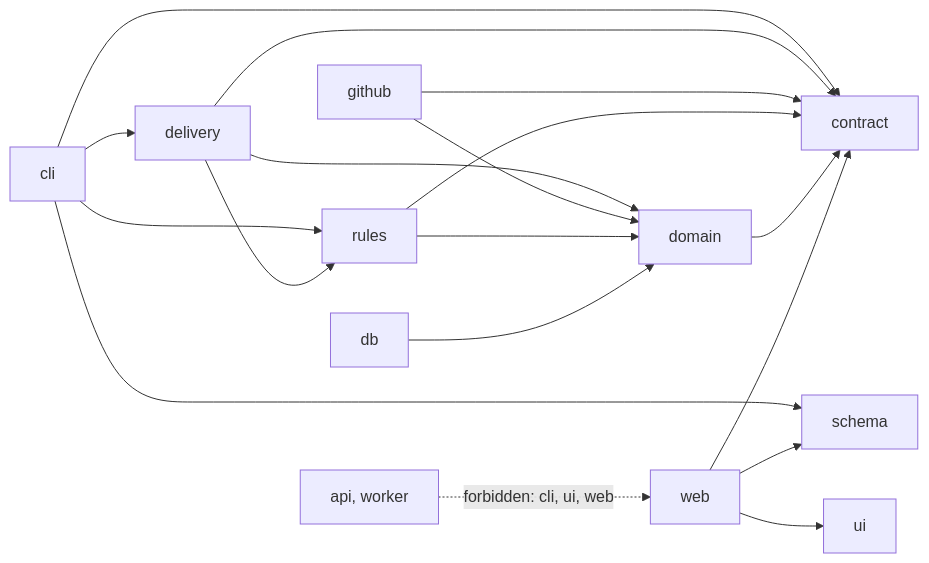
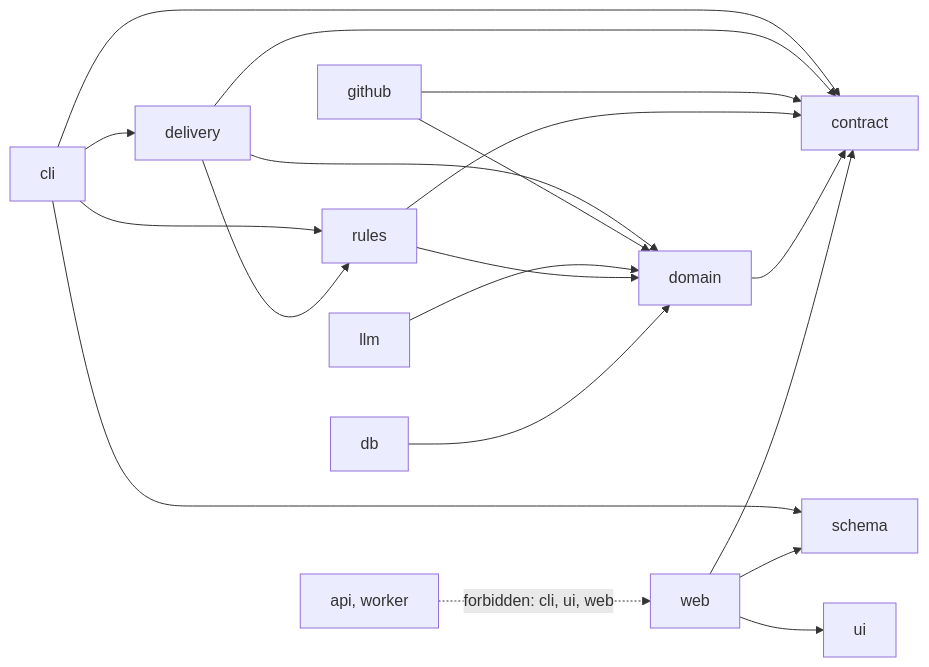
Before and after one commit to koklo-dev/koklo: the fourth of 51 diagrams in docs/architecture.md, drawn with Mermaid. The commit also changed other lines of this file and 19 other files, not shown here.

````diff
--- a/docs/architecture.md
+++ b/docs/architecture.md
@@ -87,11 +87,12 @@
 ```mermaid
 flowchart LR
   cli --> contract & schema & delivery & rules
   delivery --> domain & contract & rules
   github --> domain & contract
+  llm --> domain
   rules --> domain & contract
   db --> domain
   domain --> contract
   web --> contract & schema & ui
   api["api, worker"] -. "forbidden: cli, ui, web" .-> web
 ```
````
